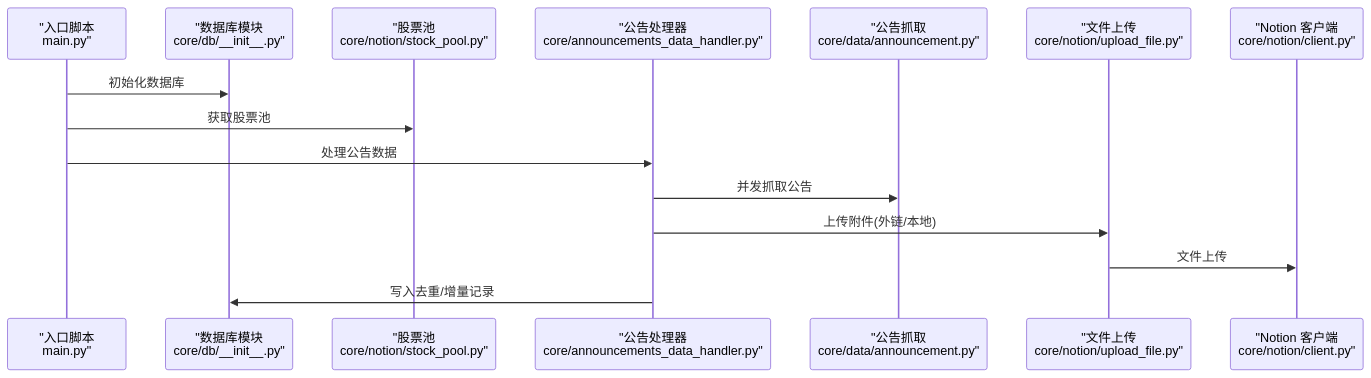
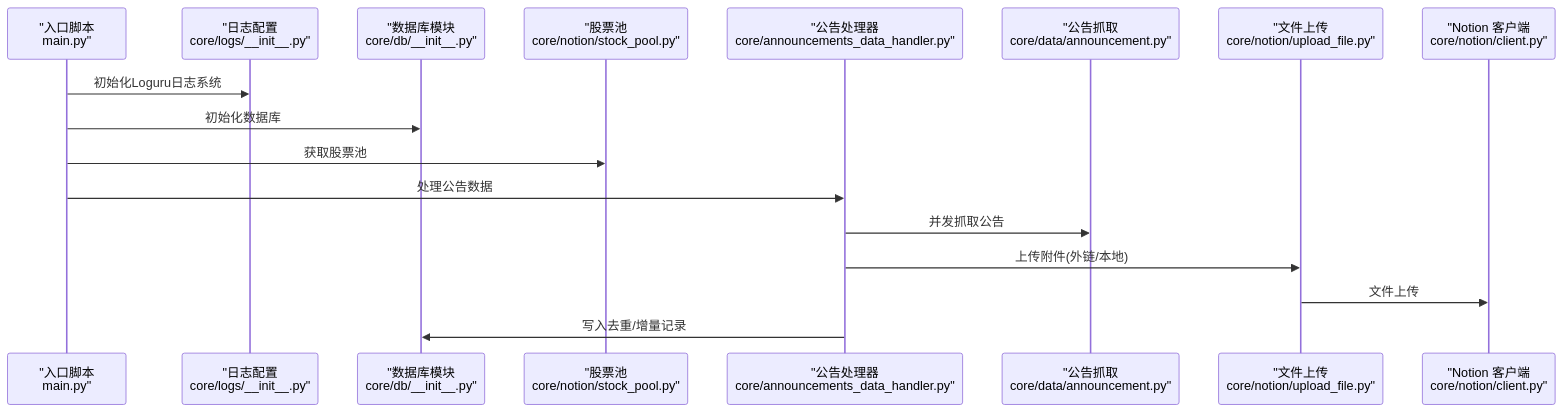
The second of 4 diagrams in .qoder/repowiki/zh/content/部署配置/监控与日志.md (iverwong/DataLife), drawn with Mermaid before and after one commit. The commit also changed other lines of this file and 6 other files, not shown here.

````diff
--- a/.qoder/repowiki/zh/content/部署配置/监控与日志.md
+++ b/.qoder/repowiki/zh/content/部署配置/监控与日志.md
@@ -91,17 +108,19 @@
 ```mermaid
 sequenceDiagram
 participant Entrypoint as "入口脚本<br/>main.py"
+participant Logger as "日志配置<br/>core/logs/__init__.py"
 participant DB as "数据库模块<br/>core/db/__init__.py"
 participant Pool as "股票池<br/>core/notion/stock_pool.py"
 participant Handler as "公告处理器<br/>core/announcements_data_handler.py"
 participant Ann as "公告抓取<br/>core/data/announcement.py"
 participant Up as "文件上传<br/>core/notion/upload_file.py"
 participant Notion as "Notion 客户端<br/>core/notion/client.py"
+Entrypoint->>Logger : 初始化Loguru日志系统
 Entrypoint->>DB : 初始化数据库
 Entrypoint->>Pool : 获取股票池
 Entrypoint->>Handler : 处理公告数据
 Handler->>Ann : 并发抓取公告
 Handler->>Up : 上传附件(外链/本地)
 Up->>Notion : 文件上传
 Handler->>DB : 写入去重/增量记录
 ```
````
